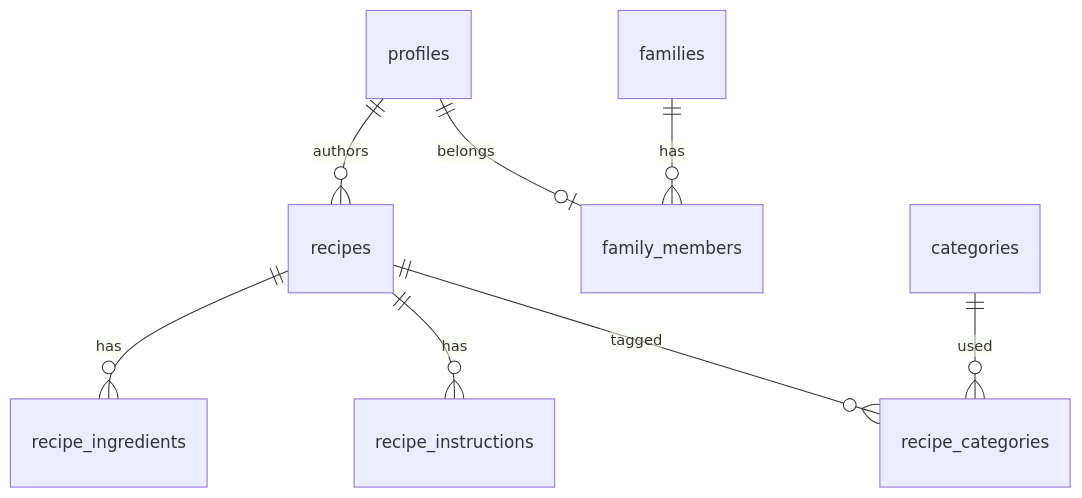
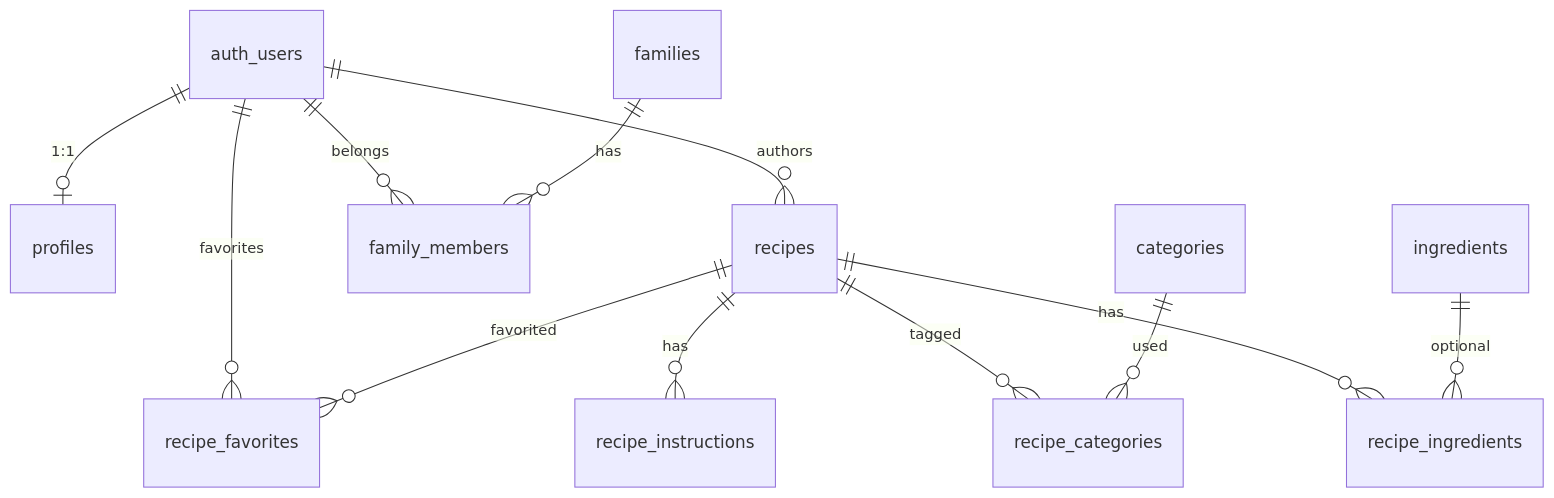
The diagram in docs/03_database/er-diagram.md (TOMON-9912/cooking-recipe), drawn with Mermaid before and after one commit. The commit also changed other lines of this file and 17 other files, not shown here.

````diff
--- a/docs/03_database/er-diagram.md
+++ b/docs/03_database/er-diagram.md
@@ -7,10 +9,14 @@
 ```mermaid
 erDiagram
-  profiles ||--o{ recipes : authors
+  auth_users ||--o| profiles : "1:1"
+  auth_users ||--o{ recipes : authors
+  auth_users ||--o{ family_members : belongs
+  auth_users ||--o{ recipe_favorites : favorites
   families ||--o{ family_members : has
-  profiles ||--o| family_members : belongs
   recipes ||--o{ recipe_ingredients : has
   recipes ||--o{ recipe_instructions : has
   recipes ||--o{ recipe_categories : tagged
   categories ||--o{ recipe_categories : used
+  ingredients ||--o{ recipe_ingredients : optional
+  recipes ||--o{ recipe_favorites : favorited
 ```
````
